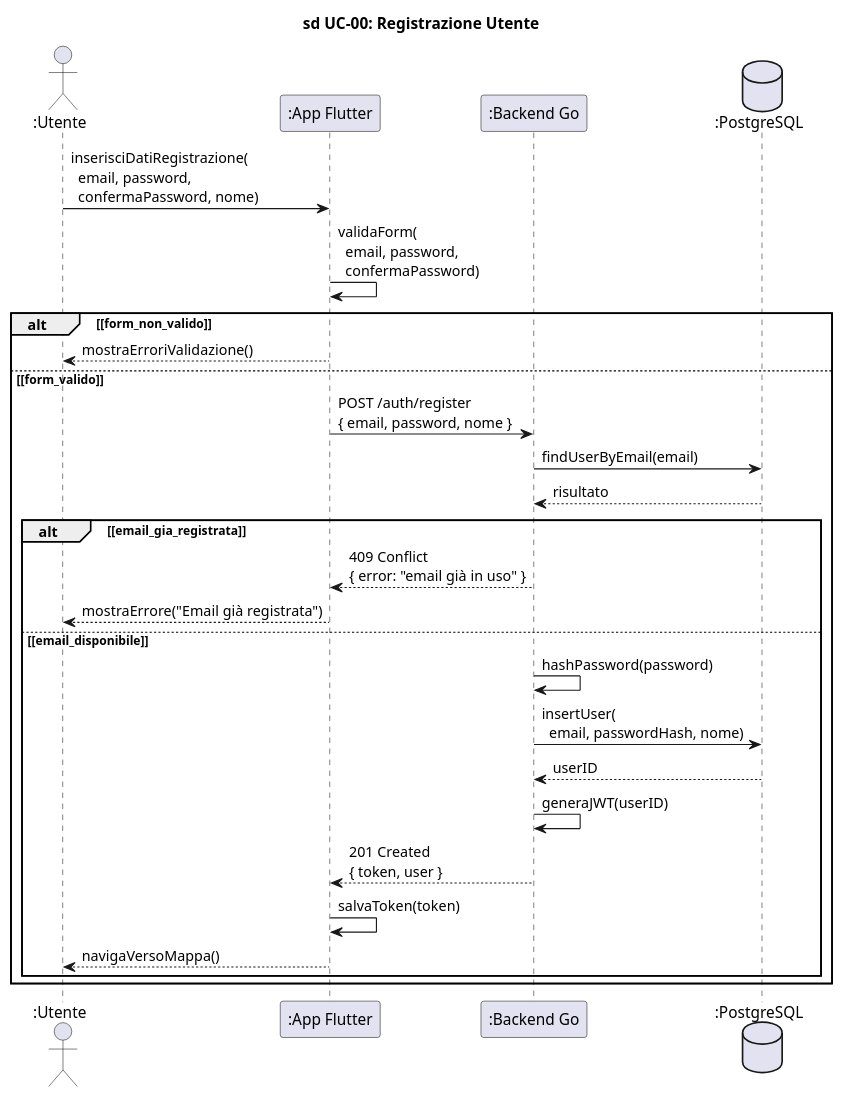
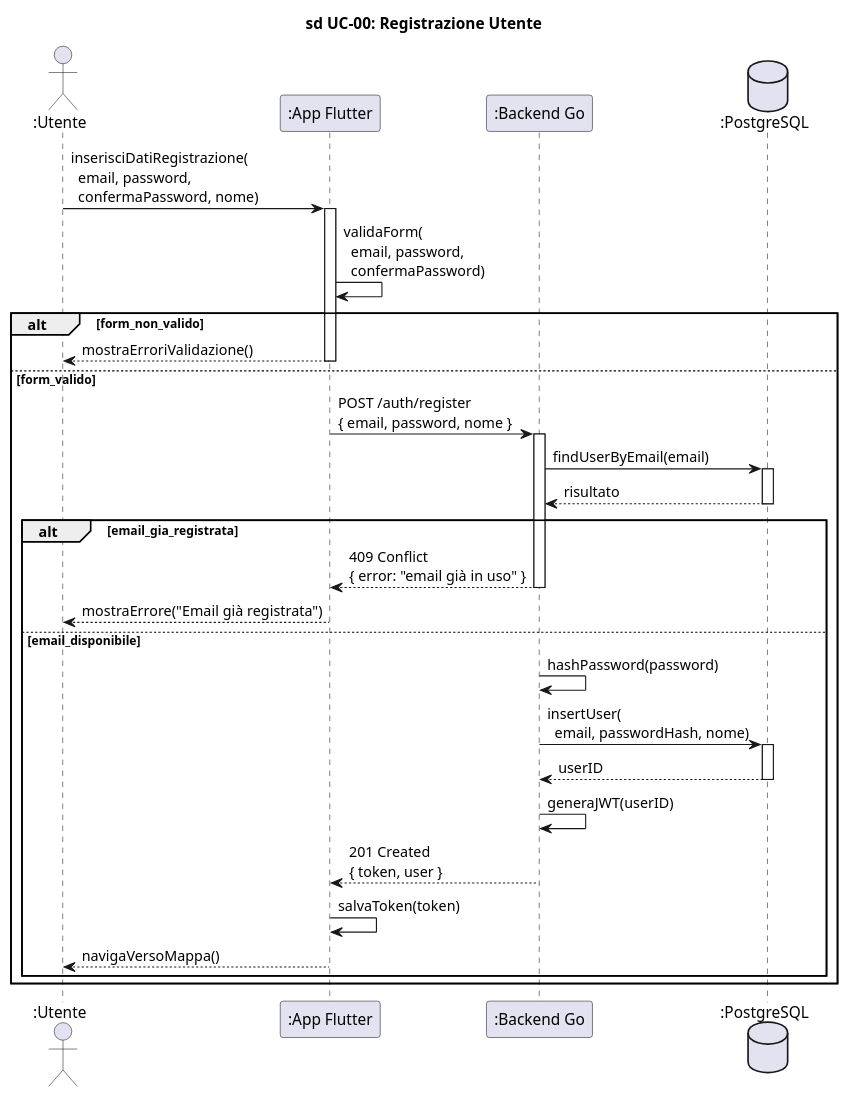
One commit to Lorisforse/Zipply changed the diagram in docs/diagrams/puml/Sprint 1/sd_UC00_Registrazione.puml. Above: the diagram before and after it, drawn with PlantUML. The commit also changed 65 other files, not shown here.

Commit message:
Aggiunta UML sprint 3

```diff
--- a/docs/diagrams/puml/Sprint 1/sd_UC00_Registrazione.puml
+++ b/docs/diagrams/puml/Sprint 1/sd_UC00_Registrazione.puml
@@ -1,41 +1,52 @@
 @startuml sd_UC00_Registrazione
 
 title sd UC-00: Registrazione Utente
 
 skinparam hyperlinkColor black
 skinparam hyperlinkUnderline false
 
 actor ":Utente" as Utente
 participant ":App Flutter" as App
 participant ":Backend Go" as Backend
 database ":PostgreSQL" as DB
 
 Utente -> App : inserisciDatiRegistrazione(\n  email, password,\n  confermaPassword, nome)
+activate App
 
 App -> App : validaForm(\n  email, password,\n  confermaPassword)
 
-alt ~[form_non_valido~]
+alt form_non_valido
     App --> Utente : mostraErroriValidazione()
-else ~[form_valido~]
+    deactivate App
+else form_valido
 
     App -> Backend : POST /auth/register\n{ email, password, nome }
+    activate Backend
 
     Backend -> DB : findUserByEmail(email)
+    activate DB
     DB --> Backend : risultato
+    deactivate DB
 
-    alt ~[email_gia_registrata~]
+    alt email_gia_registrata
         Backend --> App : 409 Conflict\n{ error: "email già in uso" }
+        deactivate Backend
         App --> Utente : mostraErrore("Email già registrata")
-    else ~[email_disponibile~]
+    else email_disponibile
         Backend -> Backend : hashPassword(password)
         Backend -> DB : insertUser(\n  email, passwordHash, nome)
+        activate DB
         DB --> Backend : userID
+        deactivate DB
         Backend -> Backend : generaJWT(userID)
         Backend --> App : 201 Created\n{ token, user }
+        deactivate Backend
         App -> App : salvaToken(token)
         App --> Utente : navigaVersoMappa()
     end
 
+    deactivate App
+
 end
 
 @enduml
```
